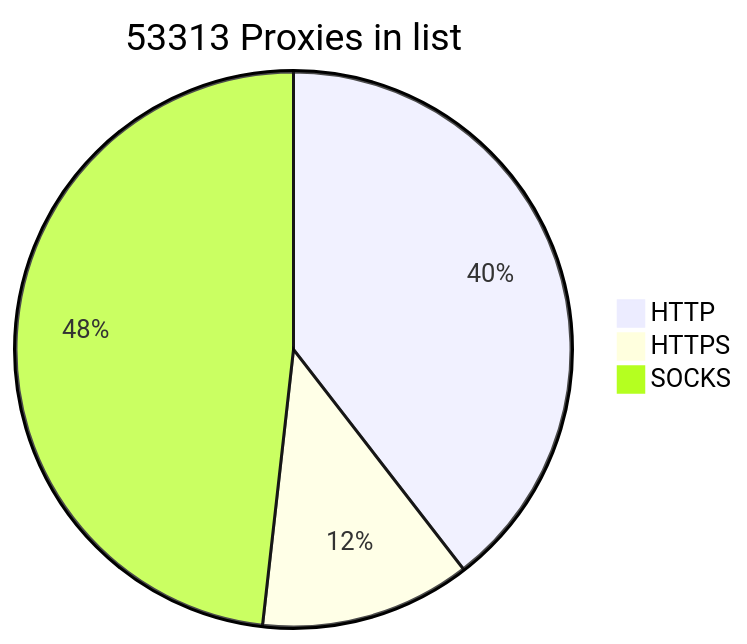
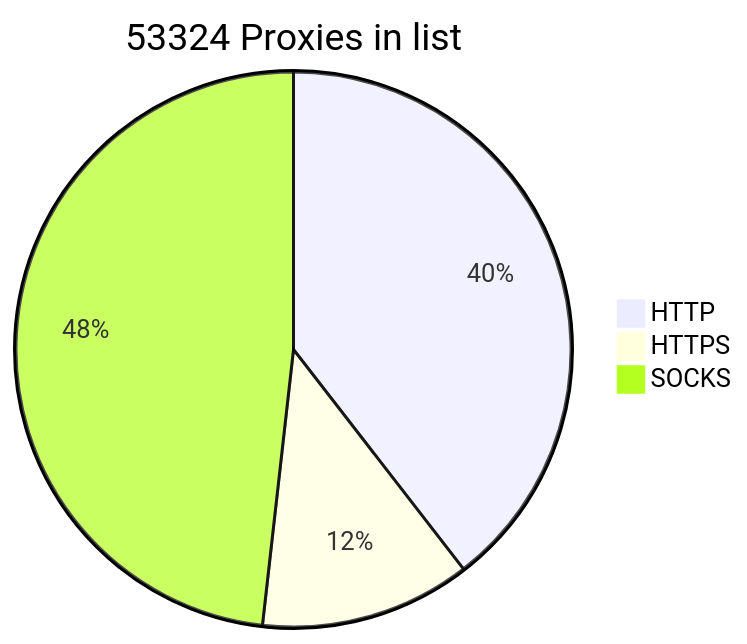
Before and after one commit to BlackSnowDot/proxylist-update-every-minute: the diagram in README.md, drawn with Mermaid.

````diff
--- a/README.md
+++ b/README.md
@@ -2,6 +2,6 @@
 ```mermaid
-pie title 53313 Proxies in list
-    "HTTP" : 23535
-    "HTTPS": 7303
-    "SOCKS" : 28717
+pie title 53324 Proxies in list
+    "HTTP" : 23536
+    "HTTPS": 7310
+    "SOCKS" : 28719
 ```
````
